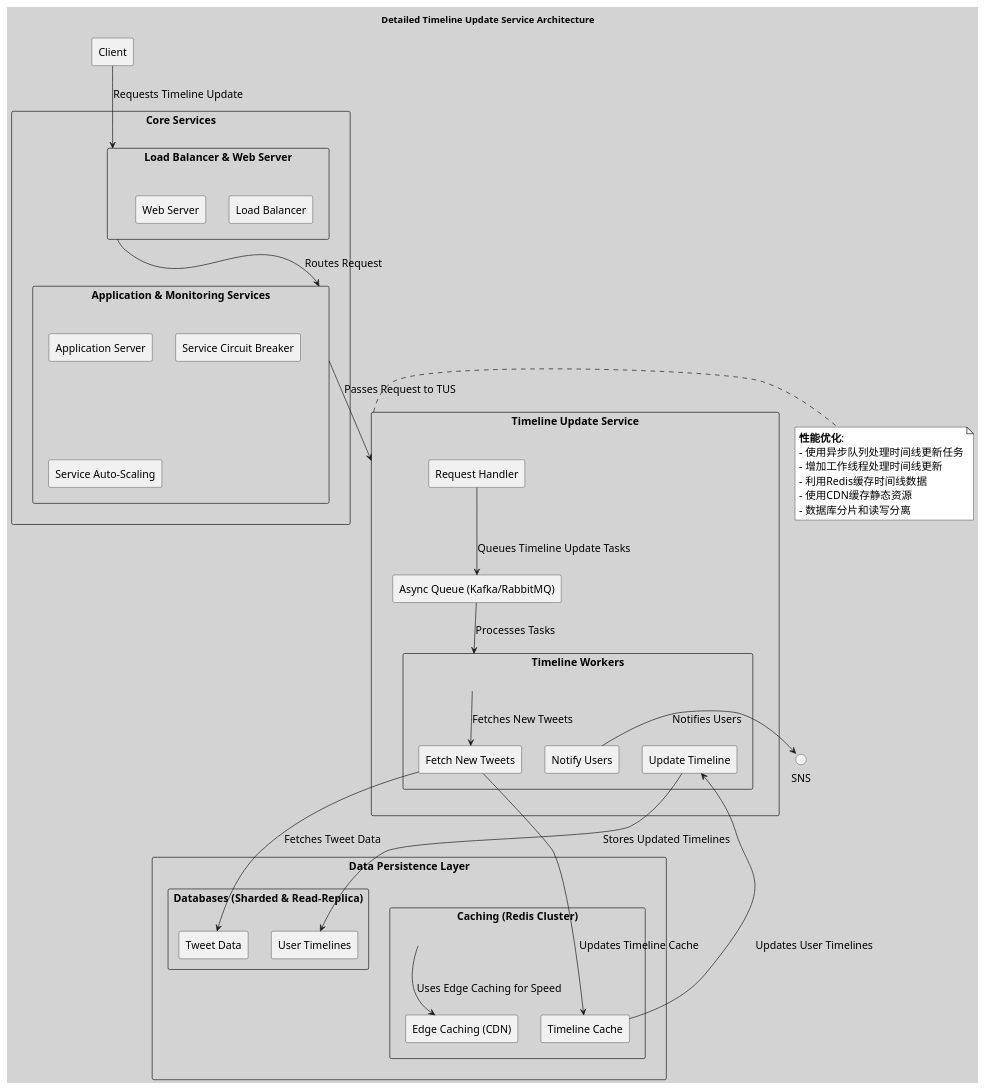
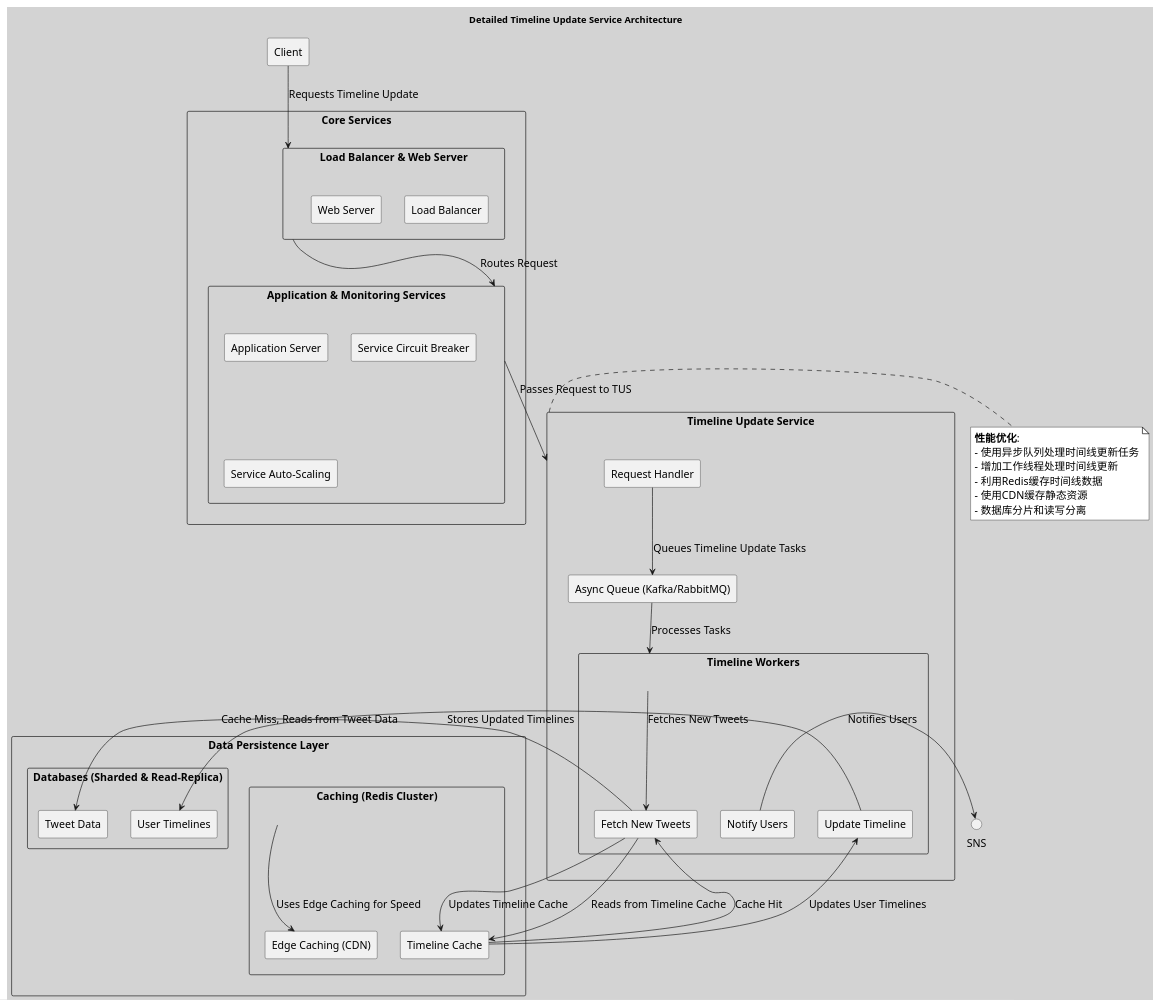
One commit to huangyingw/system_design changed the diagram in timeline_update_service_detailed_architecture.puml. Above: the diagram before and after it, drawn with PlantUML.

```diff
--- a/timeline_update_service_detailed_architecture.puml
+++ b/timeline_update_service_detailed_architecture.puml
@@ -1,72 +1,74 @@
 @startuml
 
 skinparam backgroundColor #D3D3D3
 skinparam defaultFontName "Arial"
 skinparam defaultFontSize 16
 skinparam note {
   BackgroundColor #FFFFFF
   BorderColor #000000
   FontSize 16
   FontName "Arial"
 }
 
 title Detailed Timeline Update Service Architecture
 
 rectangle "Client" as Client
 
 rectangle "Core Services" as Core {
     rectangle "Load Balancer & Web Server" as LBWS {
         rectangle "Load Balancer" as LB
         rectangle "Web Server" as WS
     }
     rectangle "Application & Monitoring Services" as AMS {
         rectangle "Application Server" as AS
         rectangle "Service Circuit Breaker" as SCB
         rectangle "Service Auto-Scaling" as SAS
     }
 }
 
 rectangle "Timeline Update Service" as TUS {
     rectangle "Request Handler" as RH
     rectangle "Async Queue (Kafka/RabbitMQ)" as AQ
     rectangle "Timeline Workers" as TW {
         rectangle "Fetch New Tweets" as FNT
         rectangle "Update Timeline" as UT
         rectangle "Notify Users" as NU
     }
 }
 
 rectangle "Data Persistence Layer" as DPS {
     rectangle "Caching (Redis Cluster)" as Cache {
         rectangle "Timeline Cache" as TC
         rectangle "Edge Caching (CDN)" as EC
     }
     rectangle "Databases (Sharded & Read-Replica)" as DB {
         rectangle "User Timelines" as UTDB
         rectangle "Tweet Data" as TD
     }
 }
 
 Client -down-> LBWS : Requests Timeline Update
 LBWS -down-> AMS : Routes Request
 AMS -down-> TUS : Passes Request to TUS
 RH -down-> AQ : Queues Timeline Update Tasks
 AQ -down-> TW : Processes Tasks
 TW -down-> FNT : Fetches New Tweets
-FNT -down-> TD : Fetches Tweet Data
+FNT -down-> TC : Reads from Timeline Cache
+TC -down-> FNT : Cache Hit
+FNT -down-> TD : Cache Miss, Reads from Tweet Data
 FNT -right-> TC : Updates Timeline Cache
 TC -down-> UT : Updates User Timelines
 UT -down-> UTDB : Stores Updated Timelines
 NU -right-> SNS : Notifies Users
 Cache -down-> EC : Uses Edge Caching for Speed
 
 note right of TUS
   **性能优化**:
   - 使用异步队列处理时间线更新任务
   - 增加工作线程处理时间线更新
   - 利用Redis缓存时间线数据
   - 使用CDN缓存静态资源
   - 数据库分片和读写分离
 end note
 
 @enduml
```
